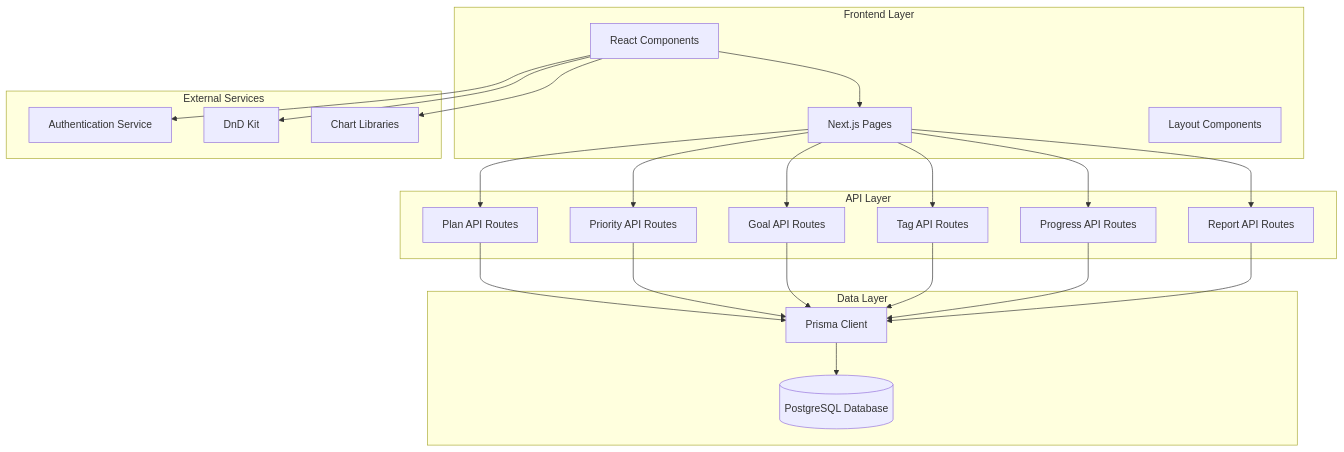
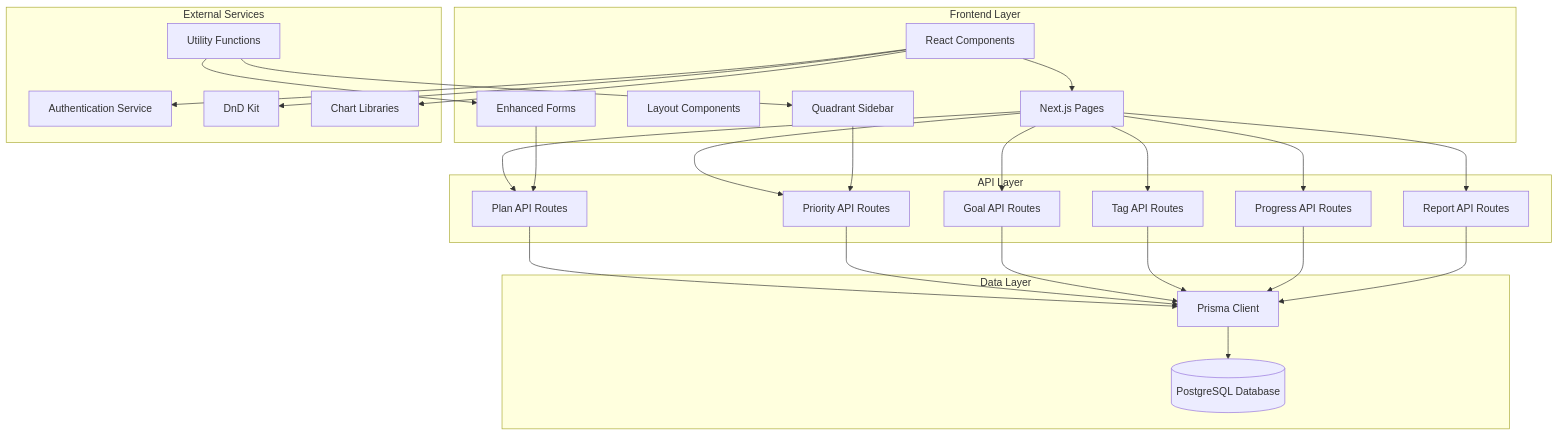
One commit to peixuanhu/goal-mate changed the first of 12 diagrams in .qoder/repowiki/en/content/API Reference/Enhanced Plan Management Endpoints.md. Above: the diagram before and after it, drawn with Mermaid. The commit also changed other lines of this file and 6 other files, not shown here.

````diff
--- a/.qoder/repowiki/en/content/API Reference/Enhanced Plan Management Endpoints.md
+++ b/.qoder/repowiki/en/content/API Reference/Enhanced Plan Management Endpoints.md
@@ -48,42 +50,49 @@
 ```mermaid
 graph TB
 subgraph "Frontend Layer"
 UI[React Components]
 Pages[Next.js Pages]
 Layouts[Layout Components]
+Sidebar[Quadrant Sidebar]
+Form[Enhanced Forms]
 end
 subgraph "API Layer"
 PlanAPI[Plan API Routes]
 PriorityAPI[Priority API Routes]
 GoalAPI[Goal API Routes]
 TagAPI[Tag API Routes]
 ProgressAPI[Progress API Routes]
 ReportAPI[Report API Routes]
 end
 subgraph "Data Layer"
 Prisma[Prisma Client]
 Database[(PostgreSQL Database)]
 end
 subgraph "External Services"
 Auth[Authentication Service]
 DnD[DnD Kit]
 Charts[Chart Libraries]
+Utils[Utility Functions]
 end
 UI --> Pages
 Pages --> PlanAPI
 Pages --> PriorityAPI
 Pages --> GoalAPI
 Pages --> TagAPI
 Pages --> ProgressAPI
 Pages --> ReportAPI
+Sidebar --> PriorityAPI
+Form --> PlanAPI
 PlanAPI --> Prisma
 PriorityAPI --> Prisma
 GoalAPI --> Prisma
 TagAPI --> Prisma
 ProgressAPI --> Prisma
 ReportAPI --> Prisma
 Prisma --> Database
 UI --> DnD
 UI --> Charts
 UI --> Auth
+Utils --> Sidebar
+Utils --> Form
 ```
````
